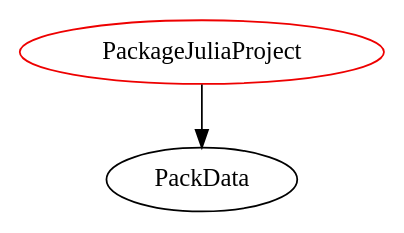
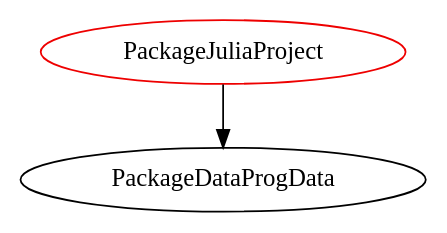
Before and after one commit to JacquesCarette/Drasil: the diagram in analysis/TypeDependencyGraphs/code/PackageJuliaProject.dot, drawn with Graphviz. The commit also changed 253 other files, not shown here.

```diff
--- a/analysis/TypeDependencyGraphs/code/PackageJuliaProject.dot
+++ b/analysis/TypeDependencyGraphs/code/PackageJuliaProject.dot
@@ -1,4 +1,4 @@
 digraph packagejuliaproject{
 PackageJuliaProject	[shape=oval, color=red2, label="PackageJuliaProject"];
-PackageJuliaProject -> PackData;
+PackageJuliaProject -> PackageDataProgData;
 }
```
